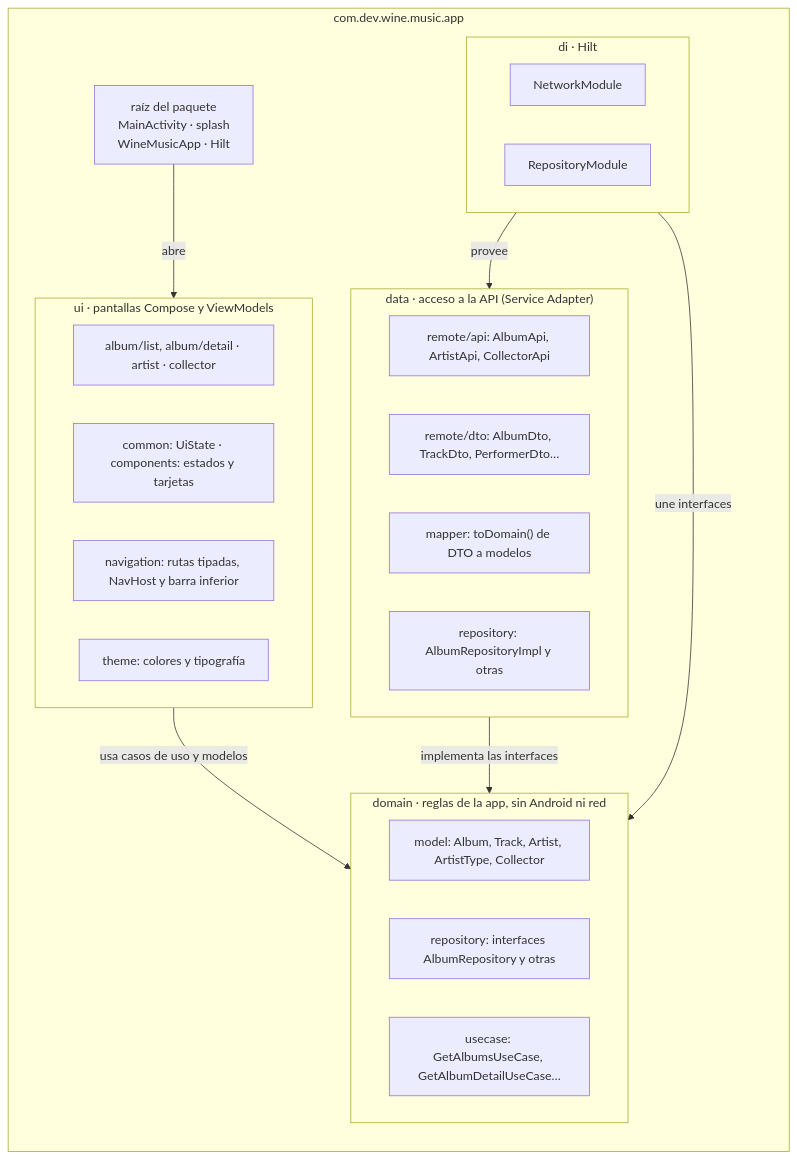
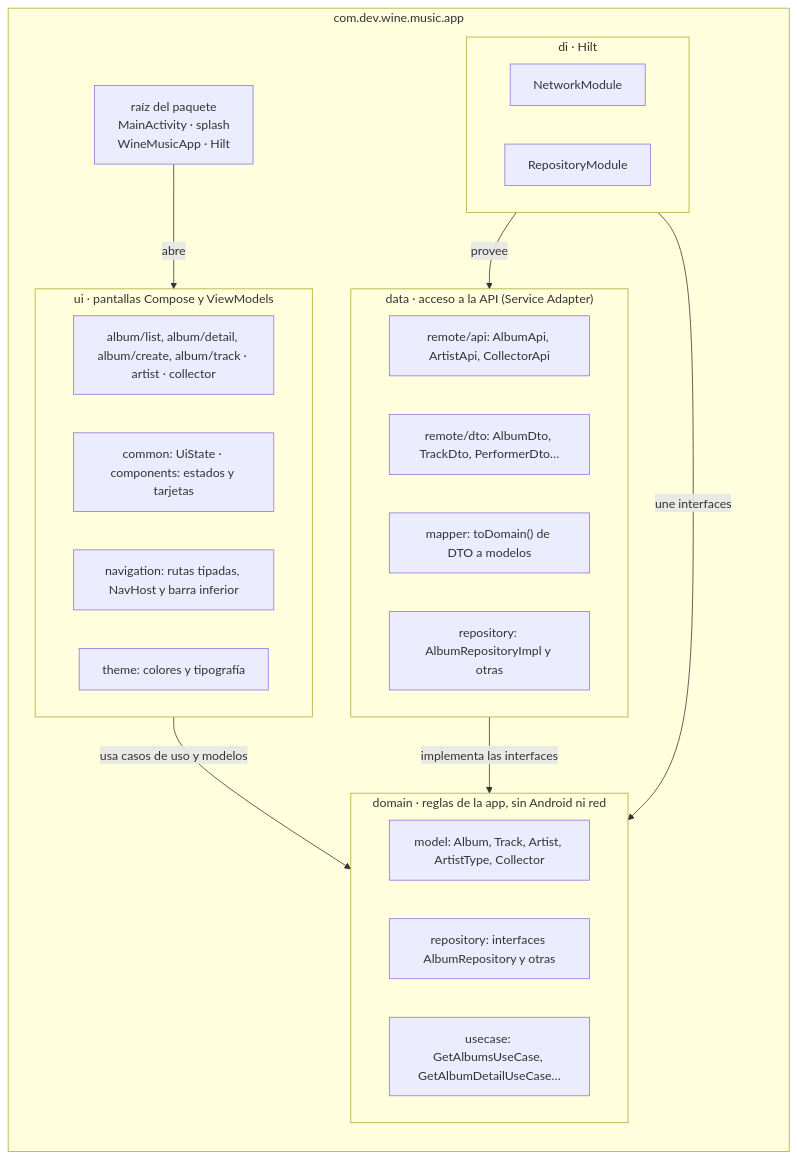
One commit to jhon0520/Andes-Vynils-App changed the second of 4 diagrams in docs/App-technical-documentation.md. Above: the diagram before and after it, drawn with Mermaid. The commit also changed other lines of this file and 41 other files, not shown here.

````diff
--- a/docs/App-technical-documentation.md
+++ b/docs/App-technical-documentation.md
@@ -60,34 +60,34 @@
 ```mermaid
 flowchart LR
     subgraph ROOT["com.dev.wine.music.app"]
         direction TB
         RAIZ["raíz del paquete<br/>MainActivity · splash<br/>WineMusicApp · Hilt"]
         subgraph UIP["ui · pantallas Compose y ViewModels"]
-            U1["album/list, album/detail · artist · collector"]
+            U1["album/list, album/detail, album/create, album/track · artist · collector"]
             U2["common: UiState · components: estados y tarjetas"]
             U3["navigation: rutas tipadas, NavHost y barra inferior"]
             U4["theme: colores y tipografía"]
         end
         subgraph DOM["domain · reglas de la app, sin Android ni red"]
             D1["model: Album, Track, Artist, ArtistType, Collector"]
             D2["repository: interfaces AlbumRepository y otras"]
             D3["usecase: GetAlbumsUseCase, GetAlbumDetailUseCase…"]
         end
         subgraph DAT["data · acceso a la API (Service Adapter)"]
             A1["remote/api: AlbumApi, ArtistApi, CollectorApi"]
             A2["remote/dto: AlbumDto, TrackDto, PerformerDto…"]
             A3["mapper: toDomain() de DTO a modelos"]
             A4["repository: AlbumRepositoryImpl y otras"]
         end
         subgraph DI["di · Hilt"]
             I1["NetworkModule"]
             I2["RepositoryModule"]
         end
     end
 
     RAIZ -- abre --> UIP
     UIP -- "usa casos de uso y modelos" --> DOM
     DAT -- "implementa las interfaces" --> DOM
     DI -- provee --> DAT
     DI -- "une interfaces" --> DOM
 ```
````
